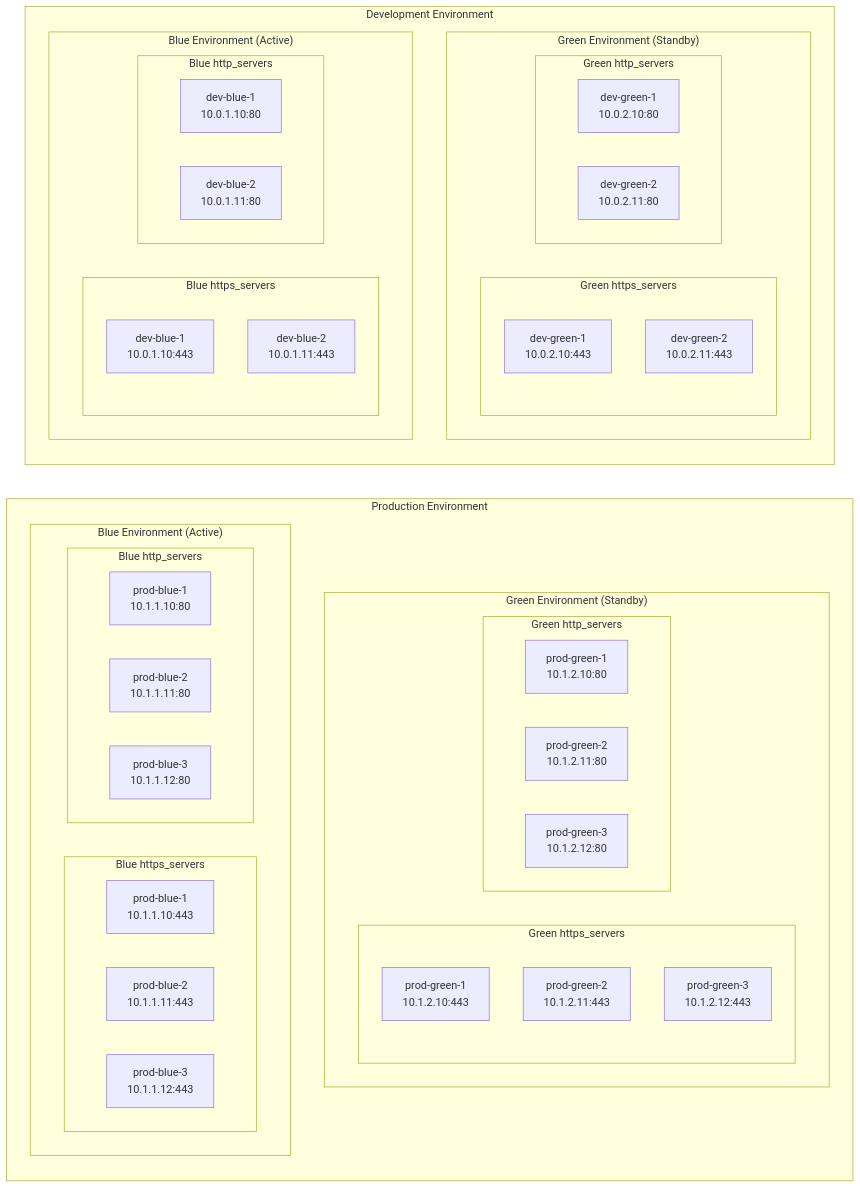
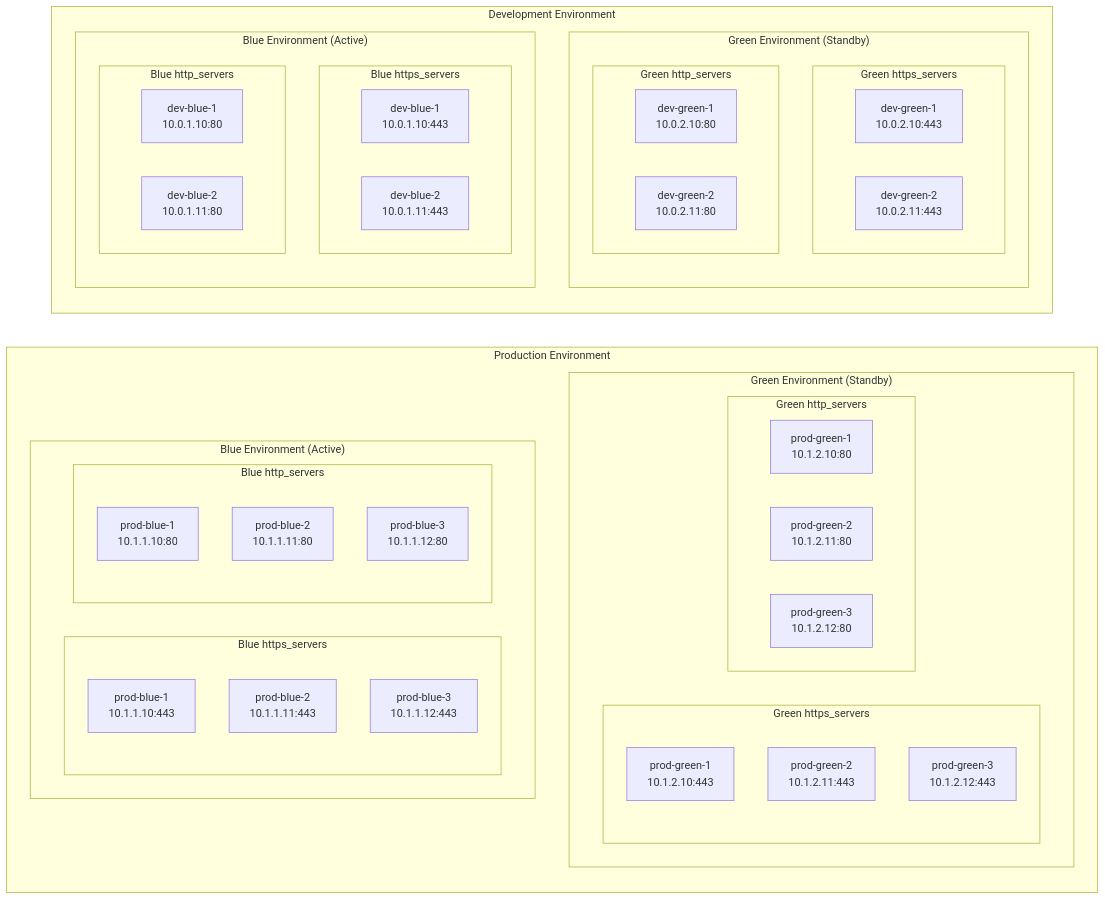
The second of 2 diagrams in HAPROXY-BLUE-GREEN-README.md (cadjai/ocp4-cluster-workload-migration), drawn with Mermaid before and after one commit.

Commit message:
edit diagram

````diff
--- a/HAPROXY-BLUE-GREEN-README.md
+++ b/HAPROXY-BLUE-GREEN-README.md
@@ -60,58 +60,58 @@
 ```mermaid
 graph LR 
     subgraph "Production Environment"
         subgraph "Green Environment (Standby)"
             subgraph "Green https_servers"
                 PG4[prod-green-1<br/>10.1.2.10:443]
                 PG5[prod-green-2<br/>10.1.2.11:443]
                 PG6[prod-green-3<br/>10.1.2.12:443]
             end
             subgraph "Green http_servers"
                 PG1[prod-green-1<br/>10.1.2.10:80]
                 PG2[prod-green-2<br/>10.1.2.11:80]
                 PG3[prod-green-3<br/>10.1.2.12:80]
             end
         end
         subgraph "Blue Environment (Active)"
             subgraph "Blue https_servers"
-            direction LR
+            direction TB
                 PB4[prod-blue-1<br/>10.1.1.10:443]
                 PB5[prod-blue-2<br/>10.1.1.11:443]
                 PB6[prod-blue-3<br/>10.1.1.12:443]
             end
             subgraph "Blue http_servers"
-            direction LR
+            direction TB
                 PB1[prod-blue-1<br/>10.1.1.10:80]
                 PB2[prod-blue-2<br/>10.1.1.11:80]
                 PB3[prod-blue-3<br/>10.1.1.12:80]
             end
         end
     end
 
     subgraph "Development Environment"
         subgraph "Green Environment (Standby)"
-            direction LR
+            direction TB
             subgraph "Green https_servers"
                 DG3[dev-green-1<br/>10.0.2.10:443]
                 DG4[dev-green-2<br/>10.0.2.11:443]
             end
             subgraph "Green http_servers"
                 DG1[dev-green-1<br/>10.0.2.10:80]
                 DG2[dev-green-2<br/>10.0.2.11:80]
             end
         end
         subgraph "Blue Environment (Active)"
-            direction LR
+            direction TB
             subgraph "Blue https_servers"
                 DB3[dev-blue-1<br/>10.0.1.10:443]
                 DB4[dev-blue-2<br/>10.0.1.11:443]
             end
             subgraph "Blue http_servers"
                 DB1[dev-blue-1<br/>10.0.1.10:80]
                 DB2[dev-blue-2<br/>10.0.1.11:80]
             end
         end
     end
     
 
 ```
````
